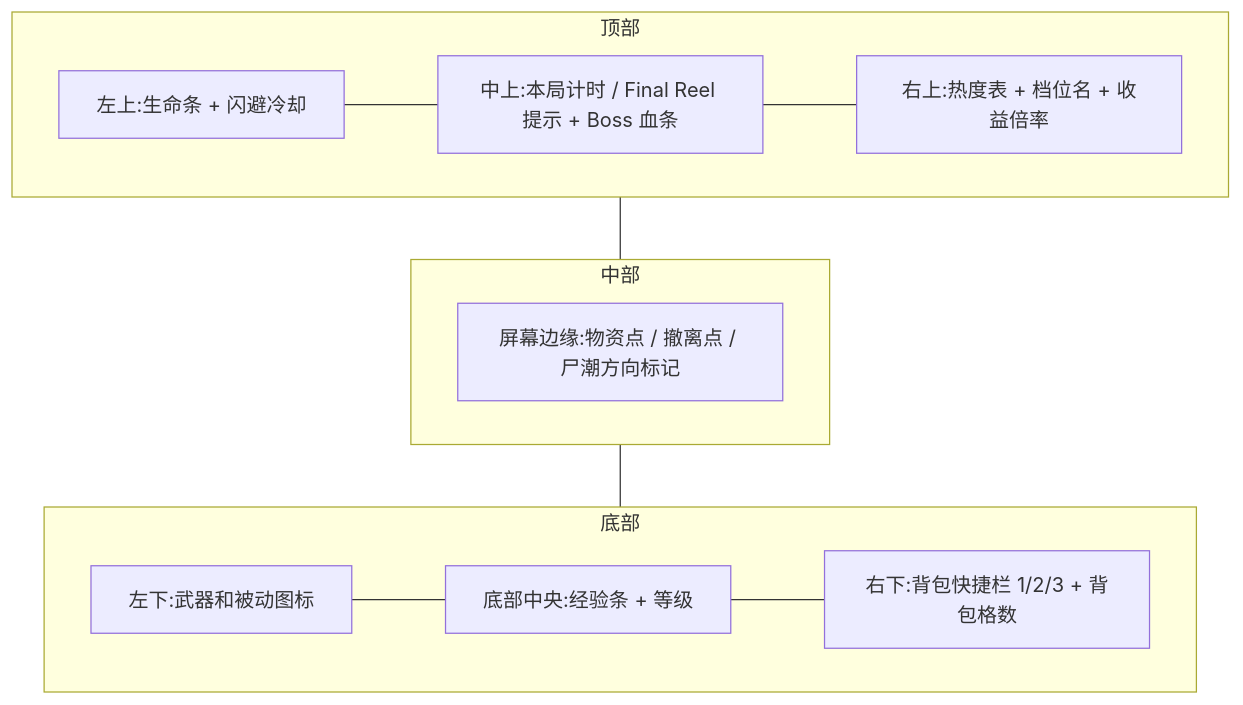
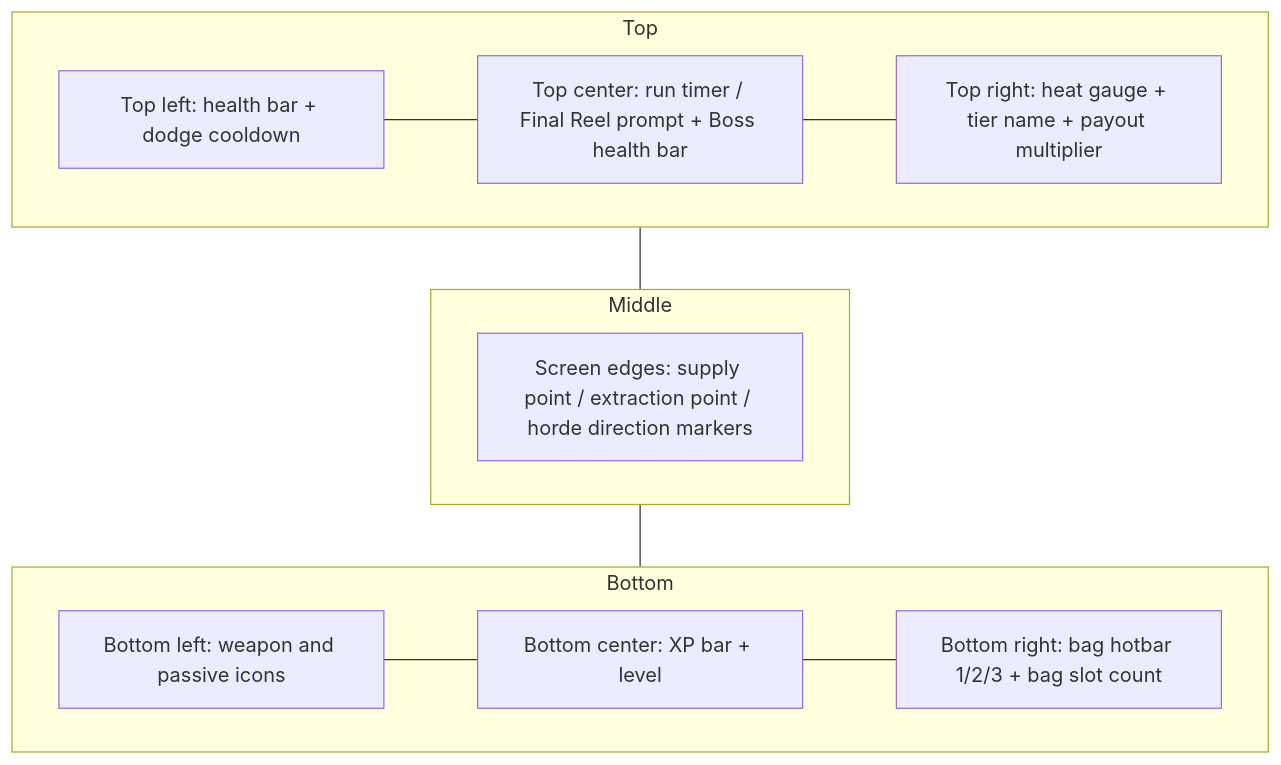
Before and after one commit to Huangyu-Shen/2026-epic-gamejam: the first of 2 diagrams in design/gdd/ui-hud.md, drawn with Mermaid. The commit also changed other lines of this file and 33 other files, not shown here.

````diff
--- a/design/gdd/ui-hud.md
+++ b/design/gdd/ui-hud.md
@@ -42,13 +42,13 @@
 ```mermaid
 flowchart TB
-  subgraph TOP[顶部]
-    TL[左上:生命条 + 闪避冷却] --- TC[中上:本局计时 / Final Reel 提示 + Boss 血条] --- TR[右上:热度表 + 档位名 + 收益倍率]
+  subgraph TOP[Top]
+    TL[Top left: health bar + dodge cooldown] --- TC[Top center: run timer / Final Reel prompt + Boss health bar] --- TR[Top right: heat gauge + tier name + payout multiplier]
   end
-  subgraph MID[中部]
-    EDGE[屏幕边缘:物资点 / 撤离点 / 尸潮方向标记]
+  subgraph MID[Middle]
+    EDGE[Screen edges: supply point / extraction point / horde direction markers]
   end
-  subgraph BOT[底部]
-    BL[左下:武器和被动图标] --- BC[底部中央:经验条 + 等级] --- BR[右下:背包快捷栏 1/2/3 + 背包格数]
+  subgraph BOT[Bottom]
+    BL[Bottom left: weapon and passive icons] --- BC[Bottom center: XP bar + level] --- BR[Bottom right: bag hotbar 1/2/3 + bag slot count]
   end
   TOP --- MID --- BOT
 ```
````
